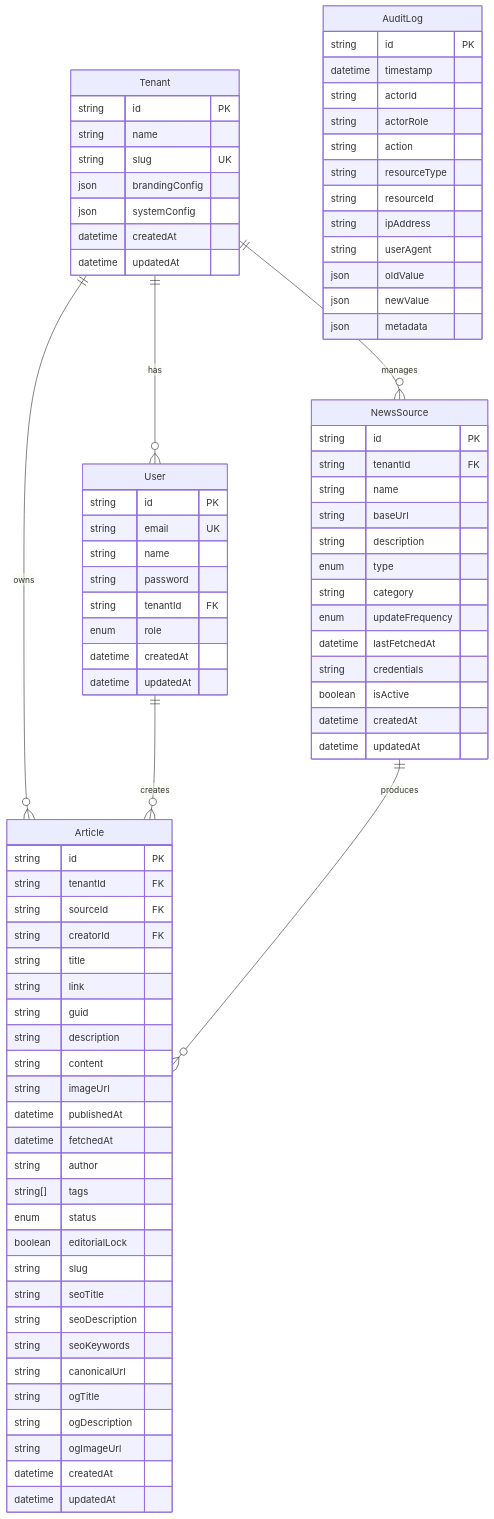
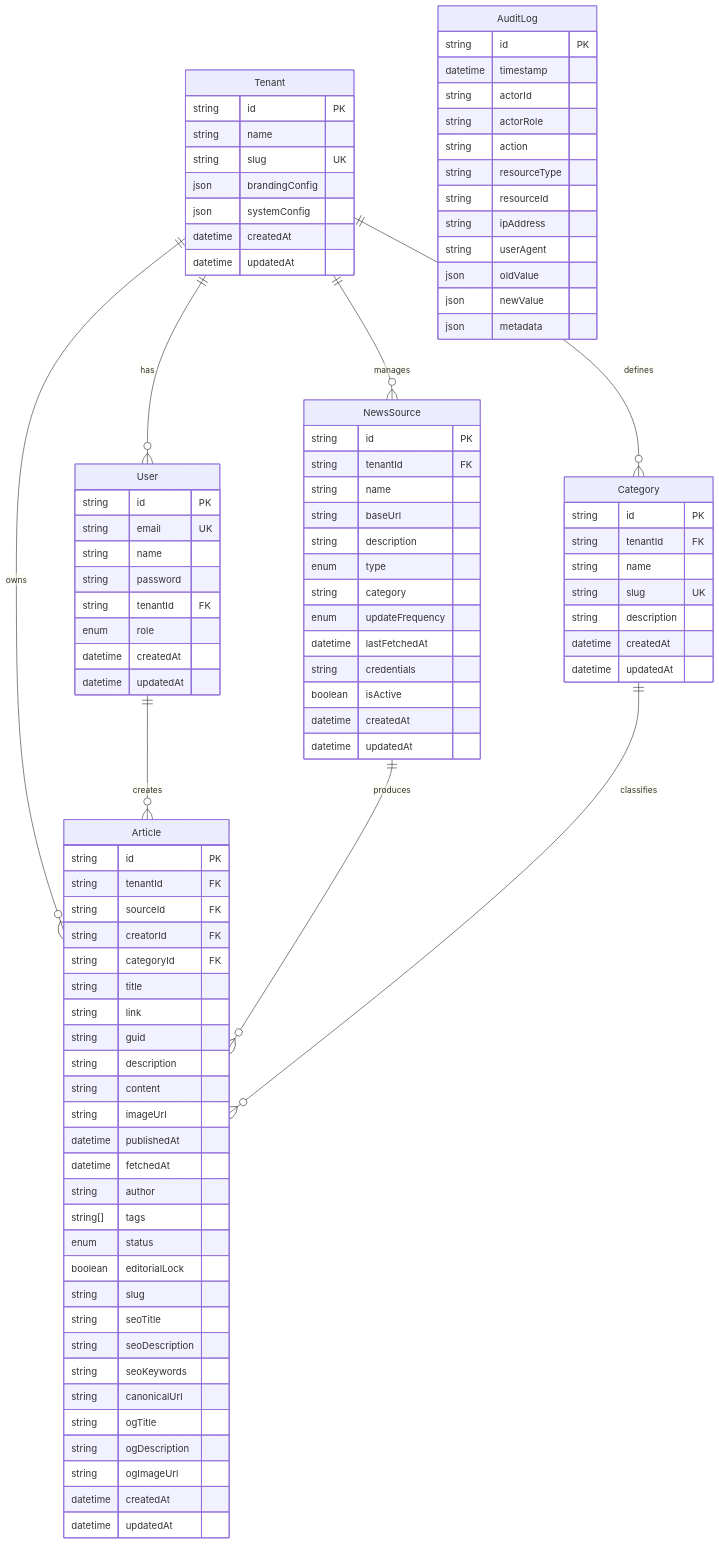
Before and after one commit to cable65/sinchew_demo: the diagram in SPEC-KIT/DB_SCHEMA.md, drawn with Mermaid. The commit also changed other lines of this file and 20 other files, not shown here.

```diff
--- a/SPEC-KIT/DB_SCHEMA.md
+++ b/SPEC-KIT/DB_SCHEMA.md
@@ -9,8 +9,10 @@
     Tenant ||--o{ User : "has"
     Tenant ||--o{ NewsSource : "manages"
     Tenant ||--o{ Article : "owns"
+    Tenant ||--o{ Category : "defines"
     User ||--o{ Article : "creates"
     NewsSource ||--o{ Article : "produces"
+    Category ||--o{ Article : "classifies"
 
     Tenant {
         string id PK
@@ -49,11 +51,22 @@
         datetime updatedAt
     }
 
+    Category {
+        string id PK
+        string tenantId FK
+        string name
+        string slug UK
+        string description
+        datetime createdAt
+        datetime updatedAt
+    }
+
     Article {
         string id PK
         string tenantId FK
         string sourceId FK
         string creatorId FK
+        string categoryId FK
         string title
         string link
         string guid
```
